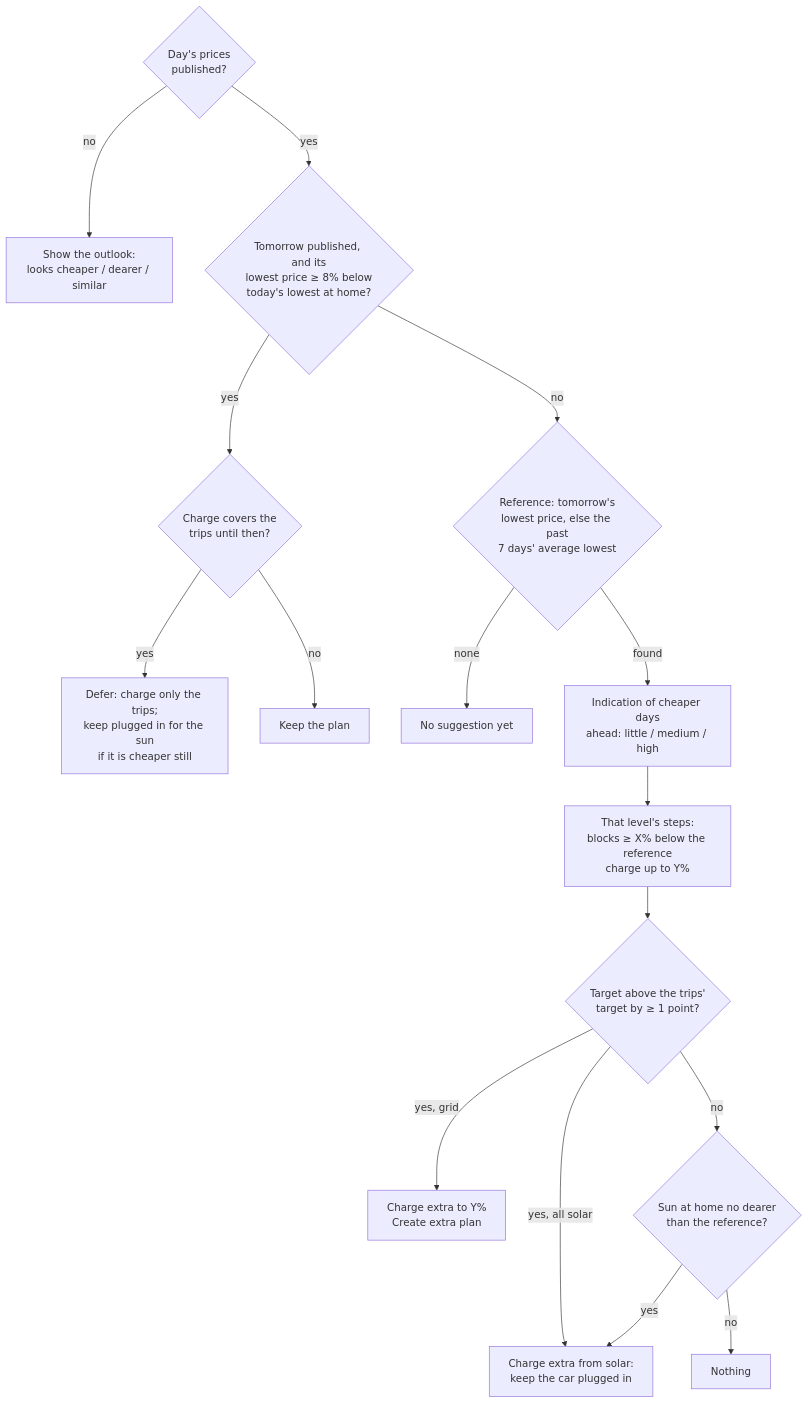
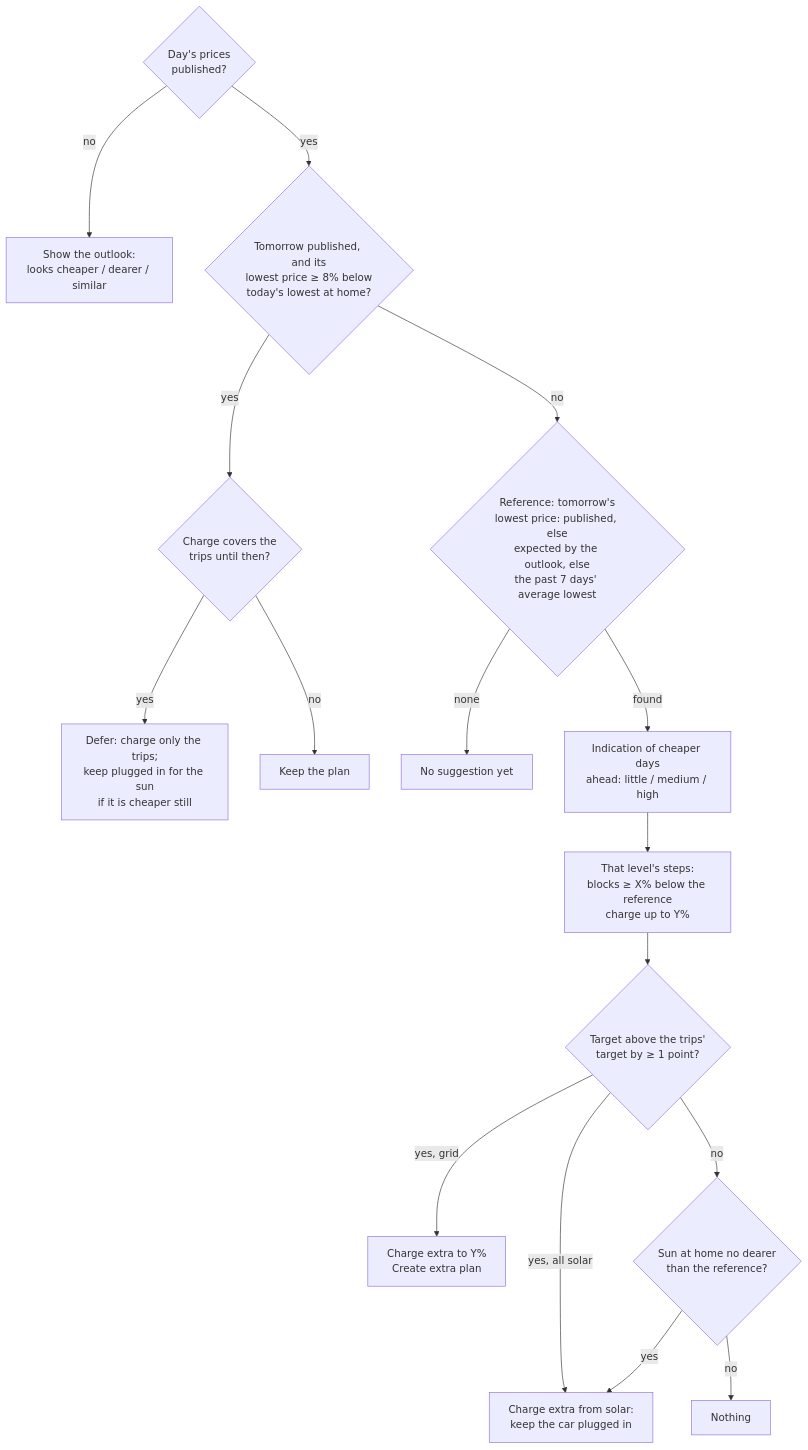
The fourth of 6 diagrams in AUTOMATION.md (diogoap/evcc-planner), drawn with Mermaid before and after one commit. The commit also changed other lines of this file and 14 other files, not shown here.

````diff
--- a/AUTOMATION.md
+++ b/AUTOMATION.md
@@ -250,18 +250,18 @@
 ```mermaid
 flowchart TD
     P{Day's prices<br/>published?} -- no --> O[Show the outlook:<br/>looks cheaper / dearer / similar]
     P -- yes --> D{Tomorrow published, and its<br/>lowest price ≥ 8% below<br/>today's lowest at home?}
     D -- yes --> DC{Charge covers the<br/>trips until then?}
     DC -- yes --> DEF[Defer: charge only the trips;<br/>keep plugged in for the sun<br/>if it is cheaper still]
     DC -- no --> KEEP[Keep the plan]
-    D -- no --> R{Reference: tomorrow's<br/>lowest price, else the past<br/>7 days' average lowest}
+    D -- no --> R{Reference: tomorrow's<br/>lowest price: published, else<br/>expected by the outlook, else<br/>the past 7 days' average lowest}
     R -- none --> NS[No suggestion yet]
     R -- found --> I[Indication of cheaper days<br/>ahead: little / medium / high]
     I --> S[That level's steps:<br/>blocks ≥ X% below the reference<br/>charge up to Y%]
     S --> T{Target above the trips'<br/>target by ≥ 1 point?}
     T -- yes, grid --> CE[Charge extra to Y%<br/>Create extra plan]
     T -- yes, all solar --> CS[Charge extra from solar:<br/>keep the car plugged in]
     T -- no --> SUN{Sun at home no dearer<br/>than the reference?}
     SUN -- yes --> CS
     SUN -- no --> NONE[Nothing]
 ```
````
